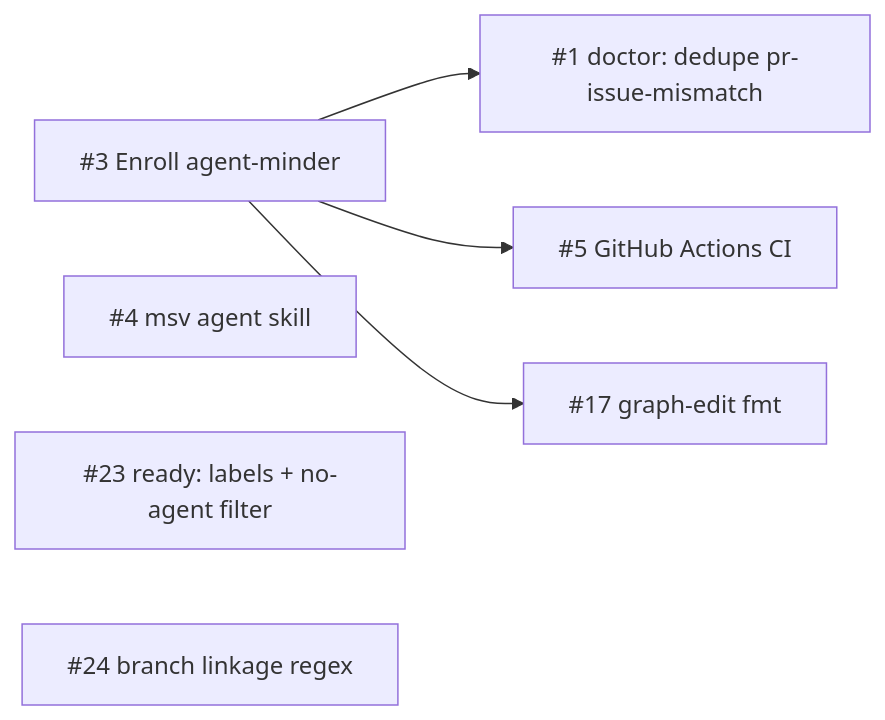
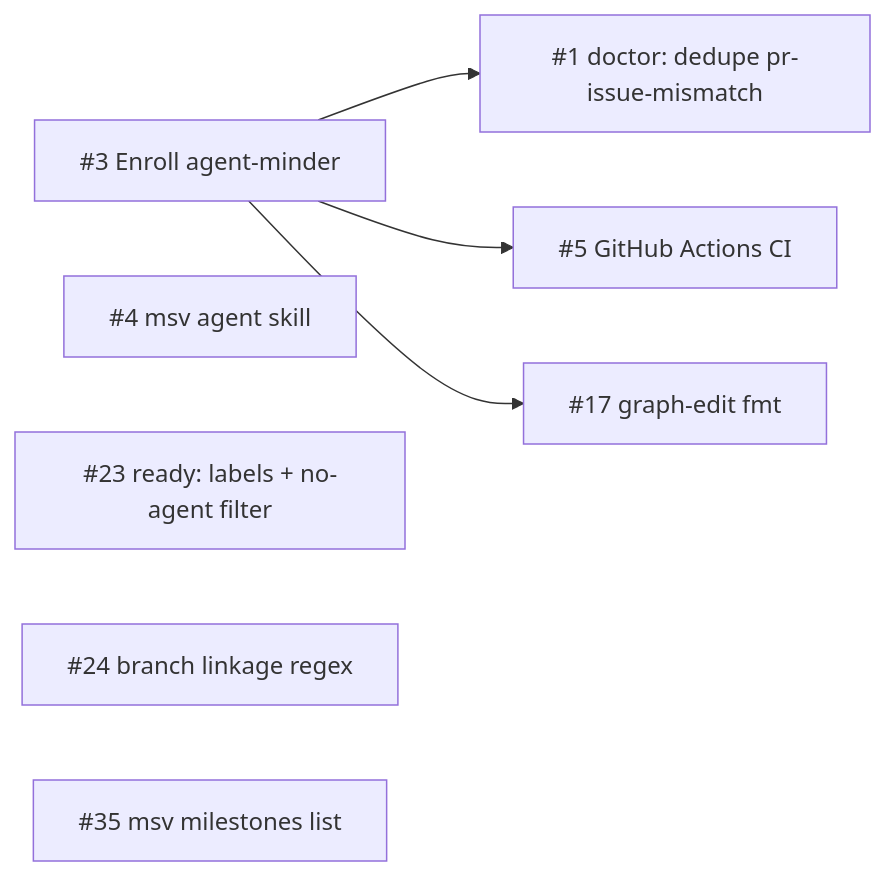
One commit to aptx-health/milestone-visualizer changed the diagram in docs/milestones/v1-tablestakes.md. Above: the diagram before and after it, drawn with Mermaid.

Commit message:
docs: add #35 to v1-tablestakes graph

````diff
--- a/docs/milestones/v1-tablestakes.md
+++ b/docs/milestones/v1-tablestakes.md
@@ -9,13 +9,14 @@
 ```mermaid
 flowchart LR
   1[#1 doctor: dedupe pr-issue-mismatch]
   3[#3 Enroll agent-minder]
   4[#4 msv agent skill]
   5[#5 GitHub Actions CI]
   17[#17 graph-edit fmt]
   23[#23 ready: labels + no-agent filter]
   24[#24 branch linkage regex]
+  35[#35 msv milestones list]
   3 --> 1
   3 --> 5
   3 --> 17
 ```
````
